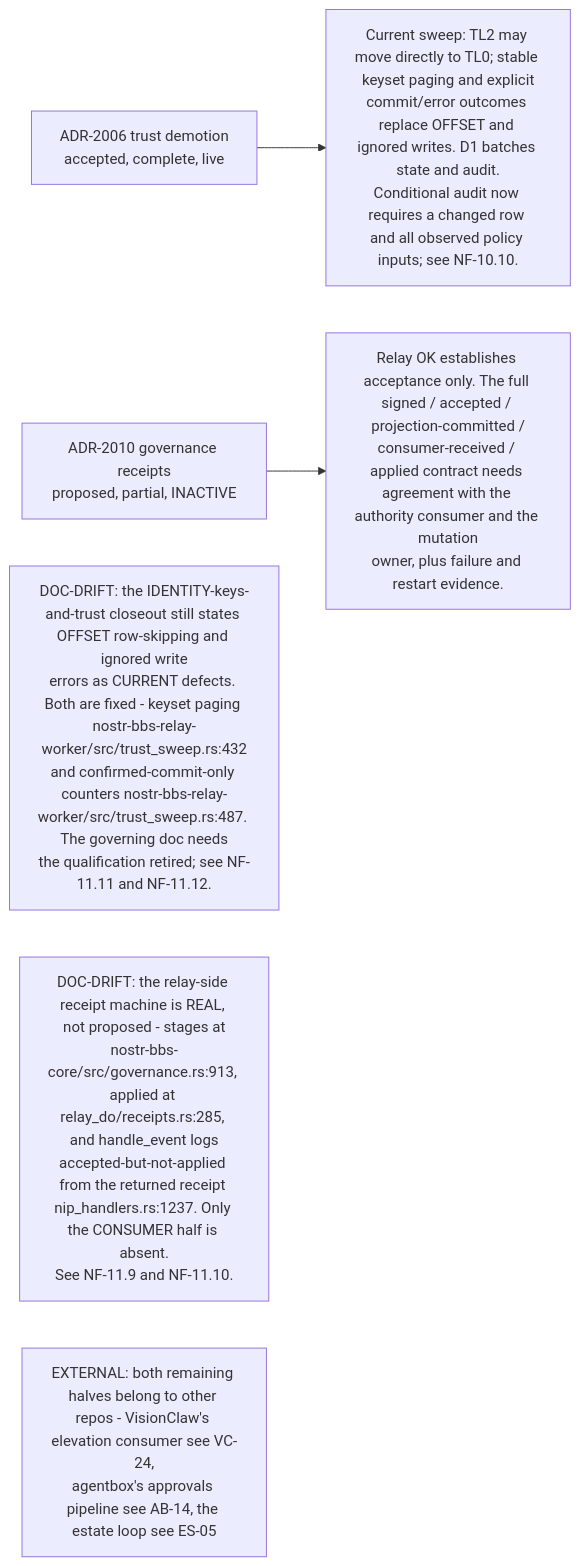
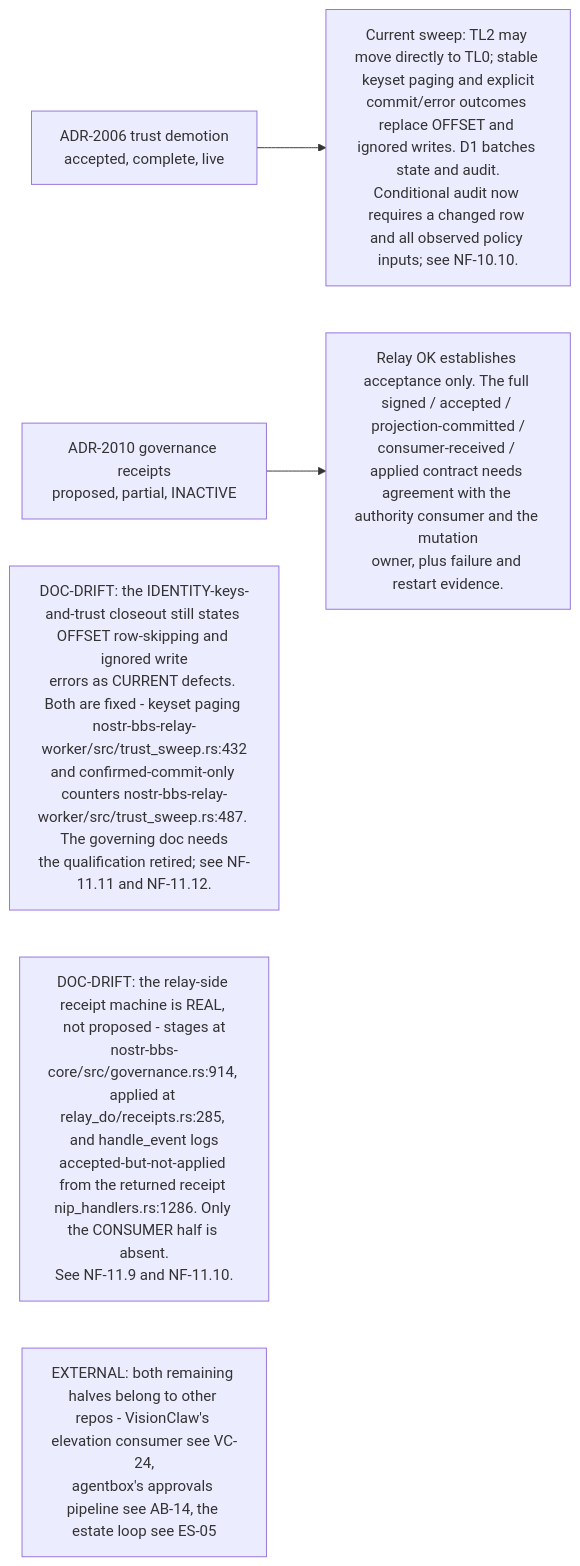
One commit to DreamLab-AI/VisionFlow changed the seventh of 10 diagrams in docs/diagrams/nostr-rust-forum/10-invariants-and-anomaly-register.md. Above: the diagram before and after it, drawn with Mermaid. The commit also changed other lines of this file and 136 other files, not shown here.

First line of the commit message:
docs(diagrams): refresh the whole corpus to code HEAD and prune low-value diagrams

````diff
--- a/docs/diagrams/nostr-rust-forum/10-invariants-and-anomaly-register.md
+++ b/docs/diagrams/nostr-rust-forum/10-invariants-and-anomaly-register.md
@@ -157,14 +144,14 @@
 ```mermaid
 flowchart LR
     A2006["ADR-2006 trust demotion<br/>accepted, complete, live"]
     Q2006["Current sweep: TL2 may move directly to TL0; stable keyset paging and explicit<br/>commit/error outcomes replace OFFSET and ignored writes. D1 batches state and audit.<br/>Conditional audit now requires a changed row and all observed policy inputs; see NF-10.10."]
     A2010["ADR-2010 governance receipts<br/>proposed, partial, INACTIVE"]
     Q2010["Relay OK establishes acceptance only. The full signed / accepted / projection-committed /<br/>consumer-received / applied contract needs agreement with the authority consumer and the mutation<br/>owner, plus failure and restart evidence."]
 
     A2006 --> Q2006
     A2010 --> Q2010
 
     N1["DOC-DRIFT: the IDENTITY-keys-and-trust closeout still states OFFSET row-skipping and ignored write<br/>errors as CURRENT defects. Both are fixed - keyset paging nostr-bbs-relay-worker/src/trust_sweep.rs:432<br/>and confirmed-commit-only counters nostr-bbs-relay-worker/src/trust_sweep.rs:487. The governing doc needs<br/>the qualification retired; see NF-11.11 and NF-11.12."]
-    N2["DOC-DRIFT: the relay-side receipt machine is REAL, not proposed - stages at<br/>nostr-bbs-core/src/governance.rs:913, applied at relay_do/receipts.rs:285, and handle_event logs<br/>accepted-but-not-applied from the returned receipt nip_handlers.rs:1237. Only the CONSUMER half is absent.<br/>See NF-11.9 and NF-11.10."]
+    N2["DOC-DRIFT: the relay-side receipt machine is REAL, not proposed - stages at<br/>nostr-bbs-core/src/governance.rs:914, applied at relay_do/receipts.rs:285, and handle_event logs<br/>accepted-but-not-applied from the returned receipt nip_handlers.rs:1286. Only the CONSUMER half is absent.<br/>See NF-11.9 and NF-11.10."]
     N3["EXTERNAL: both remaining halves belong to other repos - VisionClaw's elevation consumer see VC-24,<br/>agentbox's approvals pipeline see AB-14, the estate loop see ES-05"]
 ```
````
